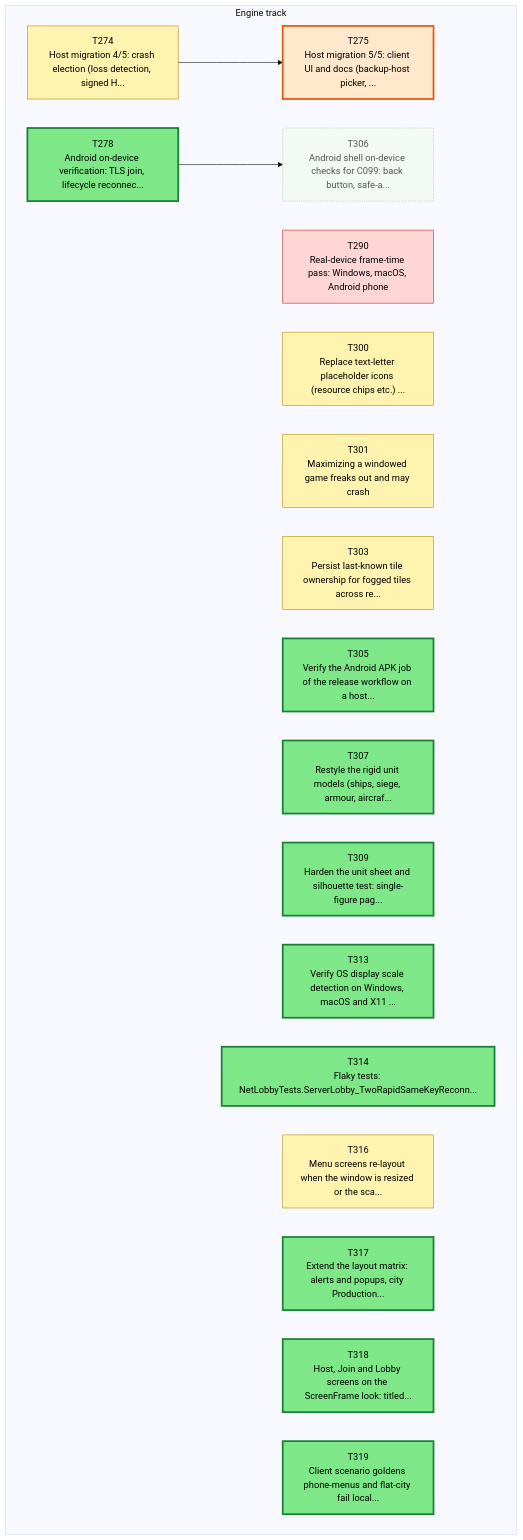
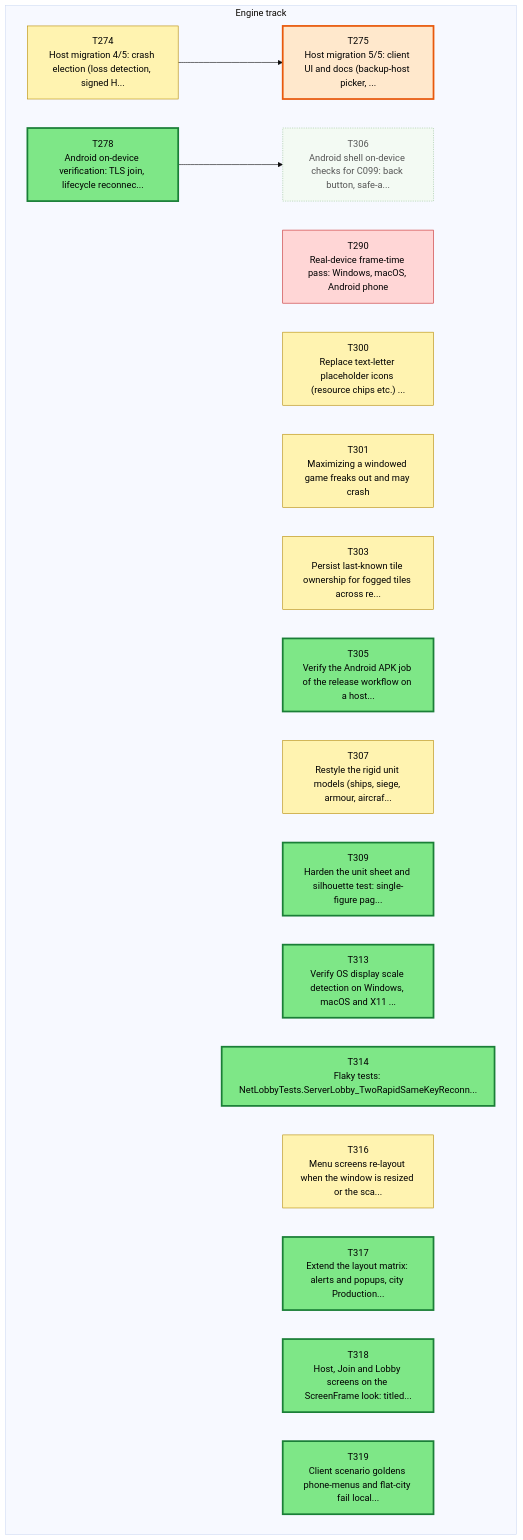
The first of 3 diagrams in csharp/migration/DEPENDENCY_MAP.md (Kenmura/Unciv), drawn with Mermaid (base theme) before and after one commit. The commit also changed other lines of this file and 1 other file, not shown here.

````diff
--- a/csharp/migration/DEPENDENCY_MAP.md
+++ b/csharp/migration/DEPENDENCY_MAP.md
@@ -35,48 +35,48 @@
 ```mermaid
 flowchart TD
   subgraph TTRACK["Engine track"]
     T274["T274<br/>Host migration 4/5: crash election (loss detection, signed H..."]
     T275["T275<br/>Host migration 5/5: client UI and docs (backup-host picker, ..."]
     T278["T278<br/>Android on-device verification: TLS join, lifecycle reconnec..."]
     T290["T290<br/>Real-device frame-time pass: Windows, macOS, Android phone"]
     T300["T300<br/>Replace text-letter placeholder icons (resource chips etc.) ..."]
     T301["T301<br/>Maximizing a windowed game freaks out and may crash"]
     T303["T303<br/>Persist last-known tile ownership for fogged tiles across re..."]
     T305["T305<br/>Verify the Android APK job of the release workflow on a host..."]
     T306["T306<br/>Android shell on-device checks for C099: back button, safe-a..."]
     T307["T307<br/>Restyle the rigid unit models (ships, siege, armour, aircraf..."]
     T309["T309<br/>Harden the unit sheet and silhouette test: single-figure pag..."]
     T313["T313<br/>Verify OS display scale detection on Windows, macOS and X11 ..."]
     T314["T314<br/>Flaky tests: NetLobbyTests.ServerLobby_TwoRapidSameKeyReconn..."]
     T316["T316<br/>Menu screens re-layout when the window is resized or the sca..."]
     T317["T317<br/>Extend the layout matrix: alerts and popups, city Production..."]
     T318["T318<br/>Host, Join and Lobby screens on the ScreenFrame look: titled..."]
     T319["T319<br/>Client scenario goldens phone-menus and flat-city fail local..."]
   end
   T274 --> T275
   T278 --> T306
   classDef waiting fill:#f3faf3,stroke:#9bc49b,color:#555,stroke-dasharray:2 2
   classDef ondeck fill:#ffe8cc,stroke:#e8590c,stroke-width:3px,color:#000
   classDef ready fill:#7ee787,stroke:#1a7f37,stroke-width:3px,color:#000
   classDef prog fill:#fff3b0,stroke:#b58900,color:#000
   classDef review fill:#cfe4ff,stroke:#1f6feb,color:#000
   classDef blocked fill:#ffd6d6,stroke:#c62828,color:#000
   classDef done fill:#eeeeee,stroke:#999999,color:#666,stroke-dasharray:4 3
   class T274 prog
   class T275 ondeck
   class T278 ready
   class T290 blocked
   class T300 prog
   class T301 prog
   class T303 prog
   class T305 ready
   class T306 waiting
-  class T307 ready
+  class T307 prog
   class T309 ready
   class T313 ready
   class T314 ready
   class T316 prog
   class T317 ready
   class T318 ready
   class T319 ready
 ```
````
